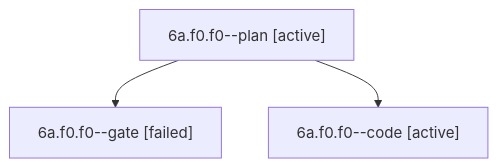
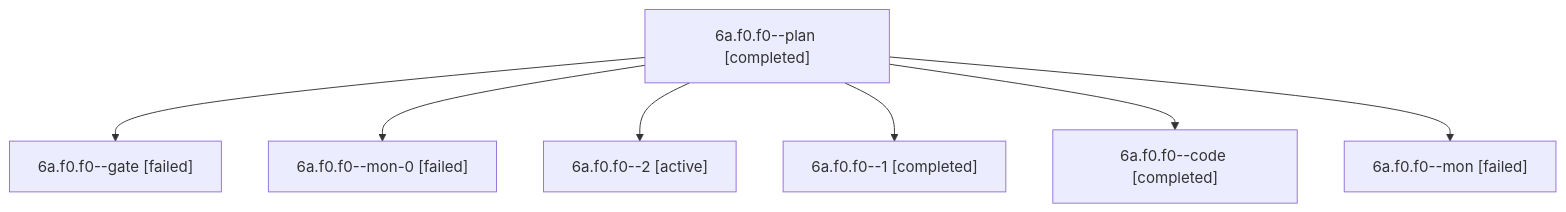
One commit to bobs-org/bob-cli--agents changed the diagram in sessions/bbugyi200.apollo.6a.f0.f0.md. Above: the diagram before and after it, drawn with Mermaid. The commit also changed other lines of this file and 55 other files, not shown here.

````diff
--- a/sessions/bbugyi200.apollo.6a.f0.f0.md
+++ b/sessions/bbugyi200.apollo.6a.f0.f0.md
@@ -9,8 +9,16 @@
 ```mermaid
 flowchart TD
-  n0["6a.f0.f0--plan [active]"]
+  n0["6a.f0.f0--plan [completed]"]
   n1["6a.f0.f0--gate [failed]"]
   n0 --> n1
-  n2["6a.f0.f0--code [active]"]
+  n2["6a.f0.f0--mon-0 [failed]"]
   n0 --> n2
+  n3["6a.f0.f0--2 [active]"]
+  n0 --> n3
+  n4["6a.f0.f0--1 [completed]"]
+  n0 --> n4
+  n5["6a.f0.f0--code [completed]"]
+  n0 --> n5
+  n6["6a.f0.f0--mon [failed]"]
+  n0 --> n6
 ```
````
